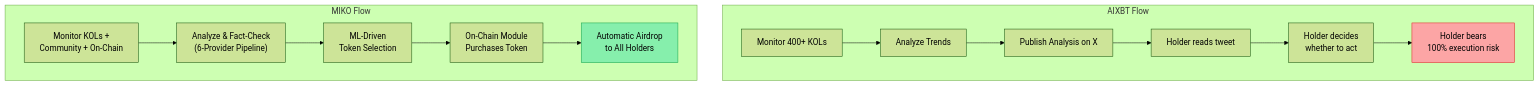
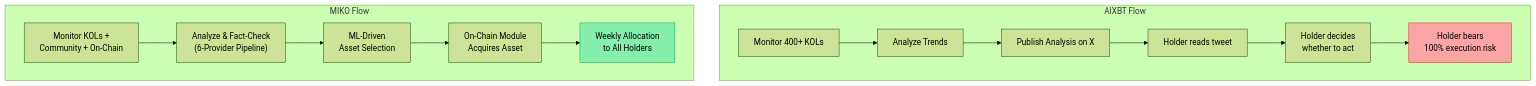
One commit to Miko-Protocol/docs changed the first of 2 diagrams in docs/ecosystem/competitive-landscape.md. Above: the diagram before and after it, drawn with Mermaid (forest theme). The commit also changed other lines of this file and 17 other files, not shown here.

````diff
--- a/docs/ecosystem/competitive-landscape.md
+++ b/docs/ecosystem/competitive-landscape.md
@@ -35,18 +27,18 @@
 ```mermaid
 graph TD
     subgraph "AIXBT Flow"
         A1["Monitor 400+ KOLs"] --> A2["Analyze Trends"]
         A2 --> A3["Publish Analysis on X"]
         A3 --> A4["Holder reads tweet"]
         A4 --> A5["Holder decides<br/>whether to act"]
         A5 --> A6["Holder bears<br/>100% execution risk"]
     end
     subgraph "MIKO Flow"
         M1["Monitor KOLs +<br/>Community + On-Chain"] --> M2["Analyze & Fact-Check<br/>(6-Provider Pipeline)"]
-        M2 --> M3["ML-Driven<br/>Token Selection"]
-        M3 --> M4["On-Chain Module<br/>Purchases Token"]
-        M4 --> M5["Automatic Airdrop<br/>to All Holders"]
+        M2 --> M3["ML-Driven<br/>Asset Selection"]
+        M3 --> M4["On-Chain Module<br/>Acquires Asset"]
+        M4 --> M5["Weekly Allocation<br/>to All Holders"]
     end
     style A6 fill:#fca5a5,stroke:#dc2626
     style M5 fill:#86efac,stroke:#16a34a
 ```
````
